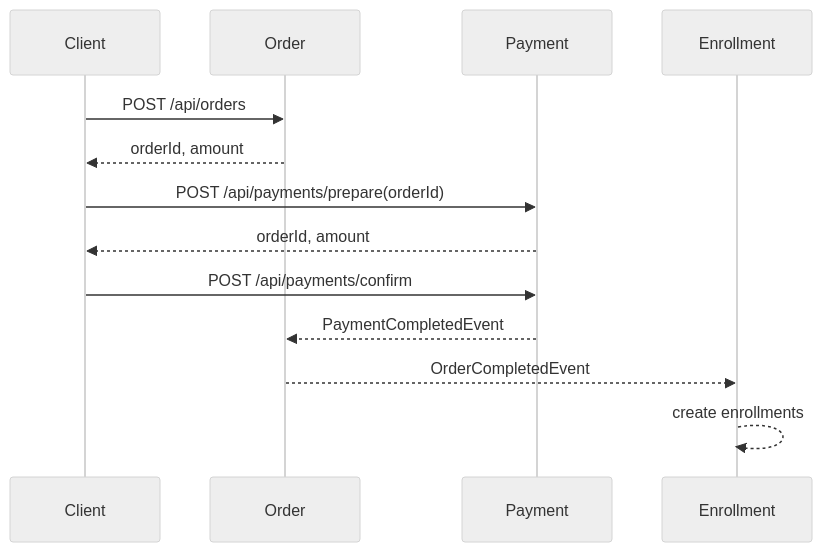
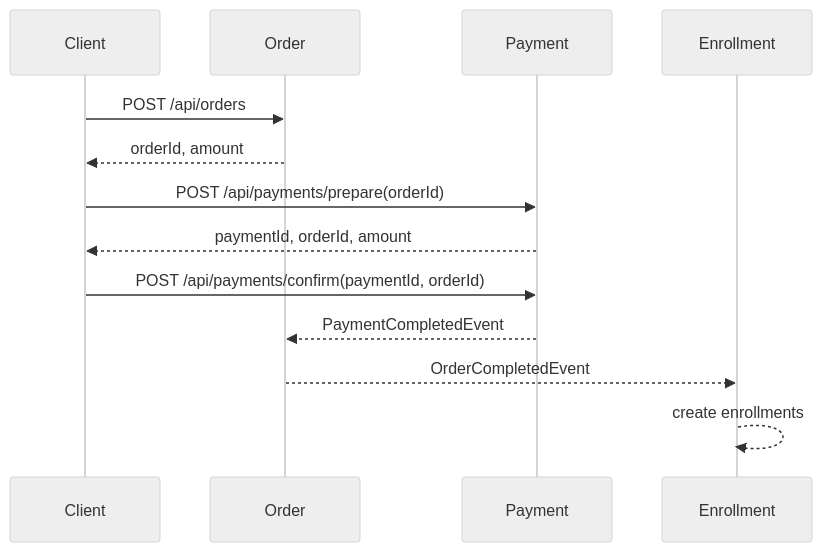
One commit to dawwson/lernix-server changed the diagram in docs/architecture/purchase-flow.md. Above: the diagram before and after it, drawn with Mermaid (neutral theme). The commit also changed other lines of this file, not shown here.

Commit message:
docs(payment): 구매 흐름 문서 변경

````diff
--- a/docs/architecture/purchase-flow.md
+++ b/docs/architecture/purchase-flow.md
@@ -16,16 +16,16 @@
 ```mermaid
 sequenceDiagram
     participant Client
     participant Order
     participant Payment
     participant Enrollment
 
     Client->>Order: POST /api/orders
     Order-->>Client: orderId, amount
     Client->>Payment: POST /api/payments/prepare(orderId)
-    Payment-->>Client: orderId, amount
-    Client->>Payment: POST /api/payments/confirm
+    Payment-->>Client: paymentId, orderId, amount
+    Client->>Payment: POST /api/payments/confirm(paymentId, orderId)
     Payment-->>Order: PaymentCompletedEvent
     Order-->>Enrollment: OrderCompletedEvent
     Enrollment-->>Enrollment: create enrollments
 ```
````
